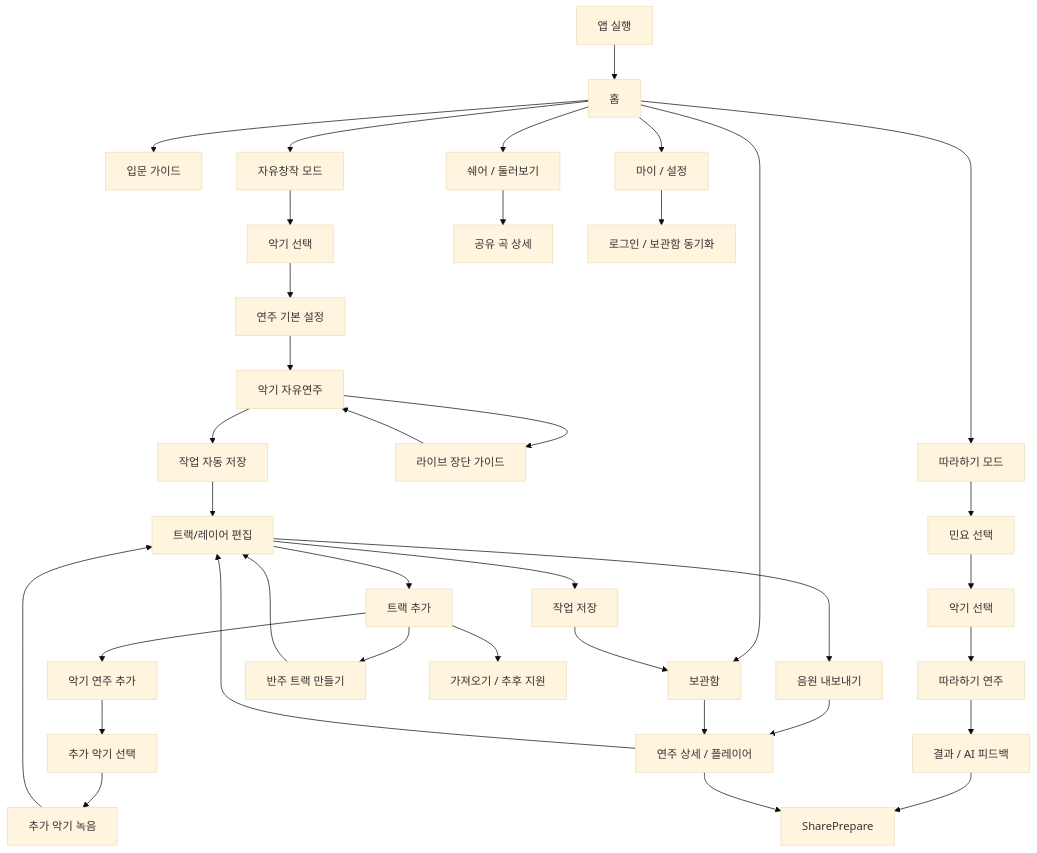
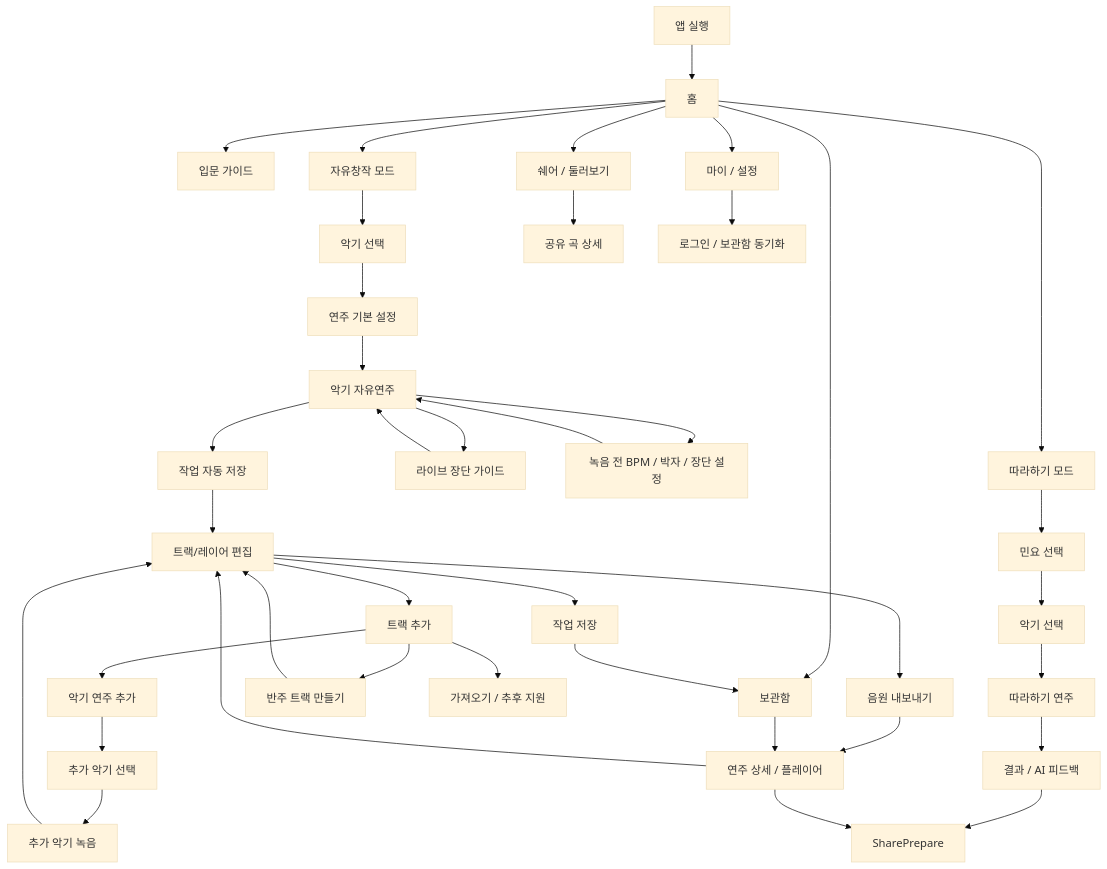
Before and after one commit to logan0741/GARAK-AI-Gugak-Studio: the diagram in front/docs/product/screen-flow/current-screen-flow.md, drawn with Mermaid (base theme). The commit also changed other lines of this file and 8 other files, not shown here.

````diff
--- a/front/docs/product/screen-flow/current-screen-flow.md
+++ b/front/docs/product/screen-flow/current-screen-flow.md
@@ -97,46 +114,48 @@
 ```mermaid
 flowchart TD
     App["앱 실행"] --> Home["홈"]
 
     Home --> Guide["입문 가이드"]
     Home --> FreeMode["자유창작 모드"]
     Home --> PracticeEntry["따라하기 모드"]
     Home --> Library["보관함"]
     Home --> ShareFeed["쉐어 / 둘러보기"]
     Home --> Settings["마이 / 설정"]
 
     FreeMode --> InstrumentSettings["악기 선택"]
     InstrumentSettings --> PlayDefaults["연주 기본 설정"]
     PlayDefaults --> FreePlay["악기 자유연주"]
     FreePlay --> LiveJangdanGuide["라이브 장단 가이드"]
     LiveJangdanGuide --> FreePlay
 
+    FreePlay --> RecordSetup["녹음 전 BPM / 박자 / 장단 설정"]
+    RecordSetup --> FreePlay
     FreePlay --> AutoSaveWork["작업 자동 저장"]
     AutoSaveWork --> LayerEdit["트랙/레이어 편집"]
     LayerEdit --> SaveWork["작업 저장"]
     LayerEdit --> ExportAudio["음원 내보내기"]
     SaveWork --> Library
     ExportAudio --> RecordingDetail
 
     LayerEdit --> AddTrack["트랙 추가"]
     AddTrack --> AddInstrumentType["악기 연주 추가"]
     AddTrack --> AccompanimentTrack["반주 트랙 만들기"]
     AddTrack --> ImportLocked["가져오기 / 추후 지원"]
     AddInstrumentType --> AddInstrumentSelect["추가 악기 선택"]
     AddInstrumentSelect --> ExtraInstrumentRecord["추가 악기 녹음"]
     ExtraInstrumentRecord --> LayerEdit
     AccompanimentTrack --> LayerEdit
 
     PracticeEntry --> SongSelect["민요 선택"]
     SongSelect --> PracticeInstrument["악기 선택"]
     PracticeInstrument --> PracticePlay["따라하기 연주"]
     PracticePlay --> PracticeResult["결과 / AI 피드백"]
     PracticeResult --> SharePrepare
 
     Library --> RecordingDetail["연주 상세 / 플레이어"]
     RecordingDetail --> LayerEdit
     RecordingDetail --> SharePrepare
 
     ShareFeed --> SharedDetail["공유 곡 상세"]
     Settings --> LoginSync["로그인 / 보관함 동기화"]
 ```
````
